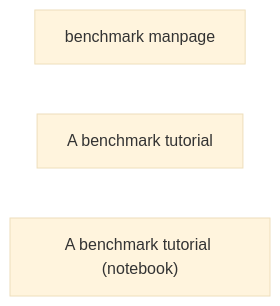
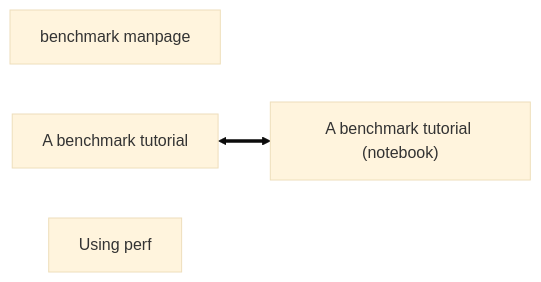
The diagram in NAVIGATION.md (Iximiel/plumed-school-benchmark), drawn with Mermaid (base theme) before and after one commit. The commit also changed 5 other files, not shown here.

````diff
--- a/NAVIGATION.md
+++ b/NAVIGATION.md
@@ -8,9 +8,13 @@
 ```mermaid
 flowchart LR
 A[benchmark manpage]
 B[A benchmark tutorial]
 C["A benchmark tutorial (notebook)"]
+D["Using perf"]
+
+B <==> C
 click A "README.md" "A manpage for plumed benchmark"
 click B "Tutorial.md" "A tutorial on the coordination"
 click C "Tutorial.ipynb" "The notebook with the scripts relative to the tutorial on the coordination"
+click D "Perf.md" "A simple tutorial for using perf"
 ```
````
